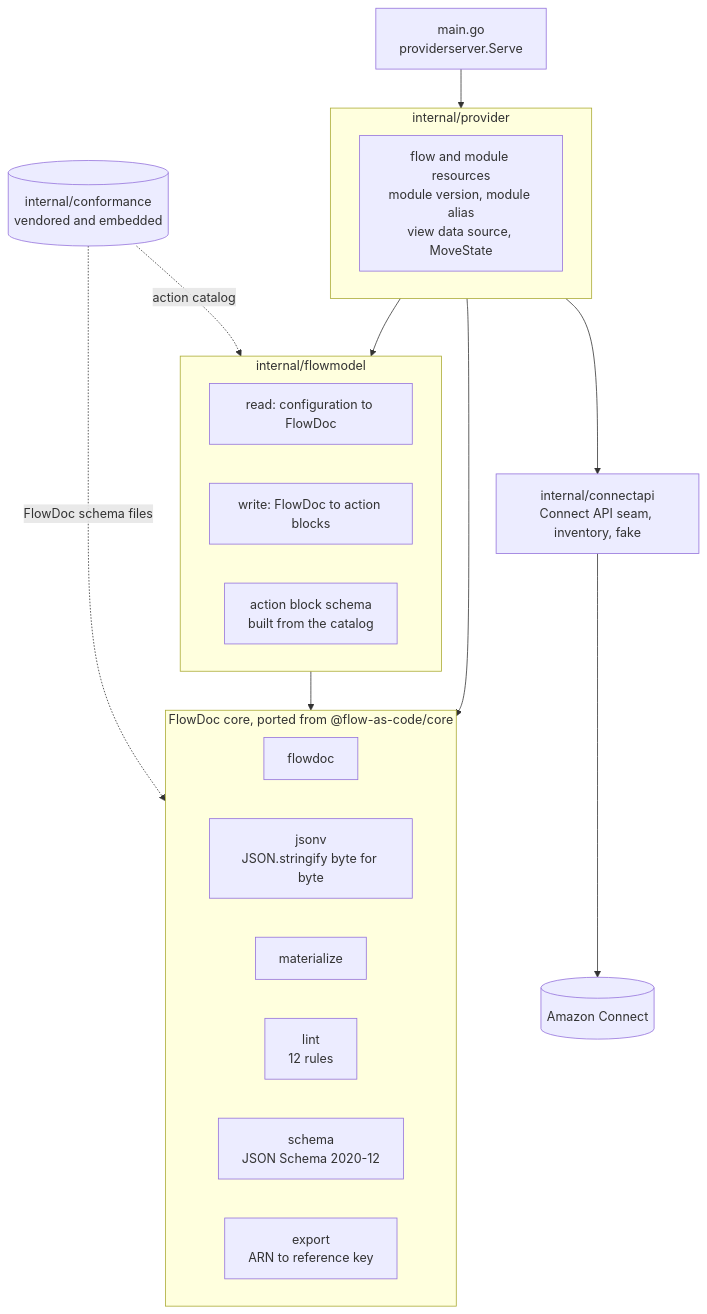
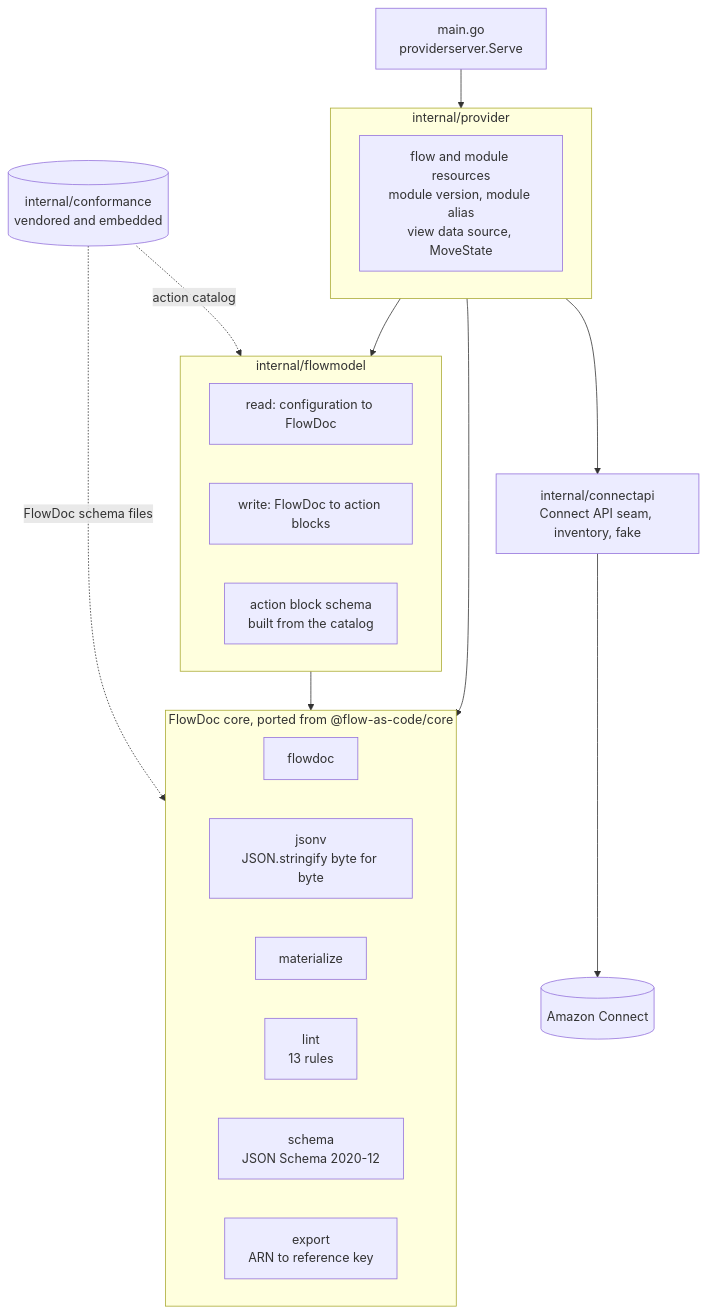
The first of 2 diagrams in ARCHITECTURE.md (flow-as-code/terraform-provider-flowascode), drawn with Mermaid before and after one commit. The commit also changed 24 other files, not shown here.

First line of the commit message:
feat(lint): vendor flow-as-code d709ab7 and port next-action-required

````diff
--- a/ARCHITECTURE.md
+++ b/ARCHITECTURE.md
@@ -10,36 +10,36 @@
 ```mermaid
 flowchart TB
   main["main.go<br/>providerserver.Serve"]
 
   subgraph provider["internal/provider"]
     resources["flow and module resources<br/>module version, module alias<br/>view data source, MoveState"]
   end
 
   subgraph model["internal/flowmodel"]
     reader["read: configuration to FlowDoc"]
     writer["write: FlowDoc to action blocks"]
     blocks["action block schema<br/>built from the catalog"]
   end
 
   subgraph core["FlowDoc core, ported from @flow-as-code/core"]
     flowdoc["flowdoc"]
     jsonv["jsonv<br/>JSON.stringify byte for byte"]
     materialize["materialize"]
-    lint["lint<br/>12 rules"]
+    lint["lint<br/>13 rules"]
     schema["schema<br/>JSON Schema 2020-12"]
     export["export<br/>ARN to reference key"]
   end
 
   connectapi["internal/connectapi<br/>Connect API seam, inventory, fake"]
   conformance[("internal/conformance<br/>vendored and embedded")]
   connect[("Amazon Connect")]
 
   main --> provider
   provider --> model
   provider --> core
   provider --> connectapi
   model --> core
   connectapi --> connect
   conformance -. "action catalog" .-> model
   conformance -. "FlowDoc schema files" .-> core
 ```
````
